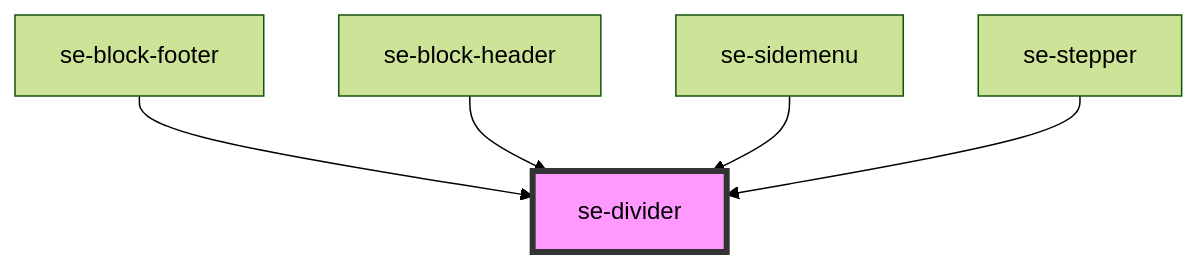
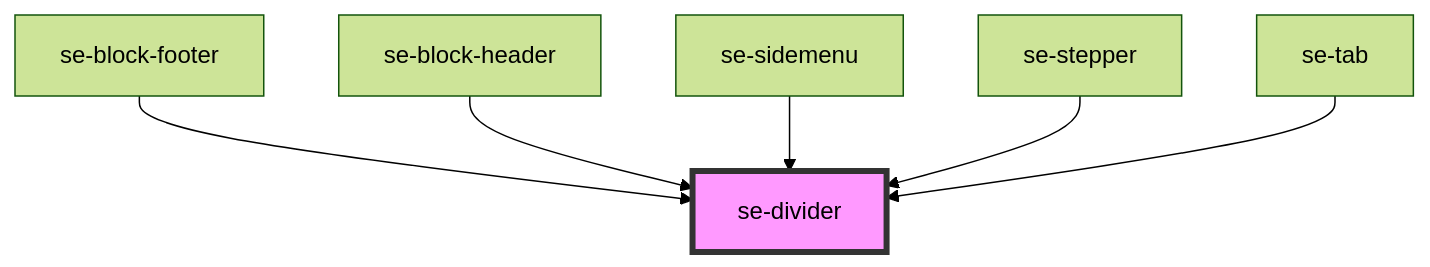
The diagram in libs/core/src/components/divider/readme.md (robbiemcmullense/se-web-ui), drawn with Mermaid (forest theme) before and after one commit. The commit also changed other lines of this file and 52 other files, not shown here.

````diff
--- a/libs/core/src/components/divider/readme.md
+++ b/libs/core/src/components/divider/readme.md
@@ -24,8 +25,9 @@
 ```mermaid
 graph TD;
   se-block-footer --> se-divider
   se-block-header --> se-divider
   se-sidemenu --> se-divider
   se-stepper --> se-divider
+  se-tab --> se-divider
   style se-divider fill:#f9f,stroke:#333,stroke-width:4px
 ```
````
